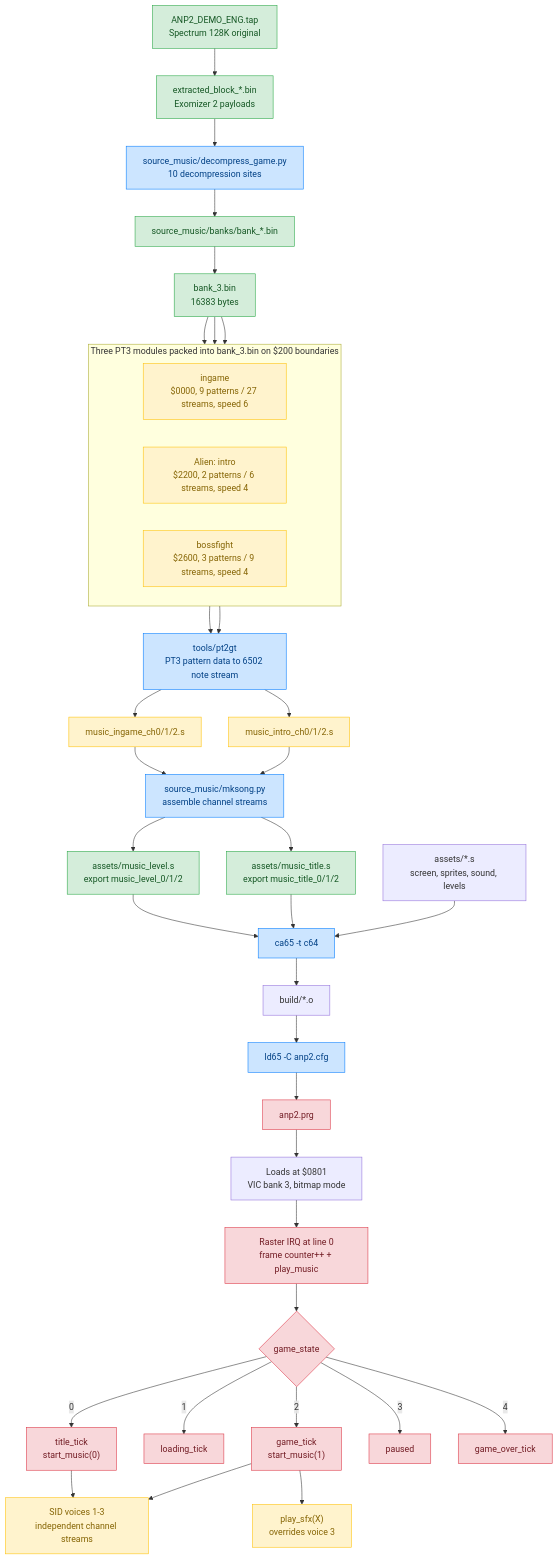
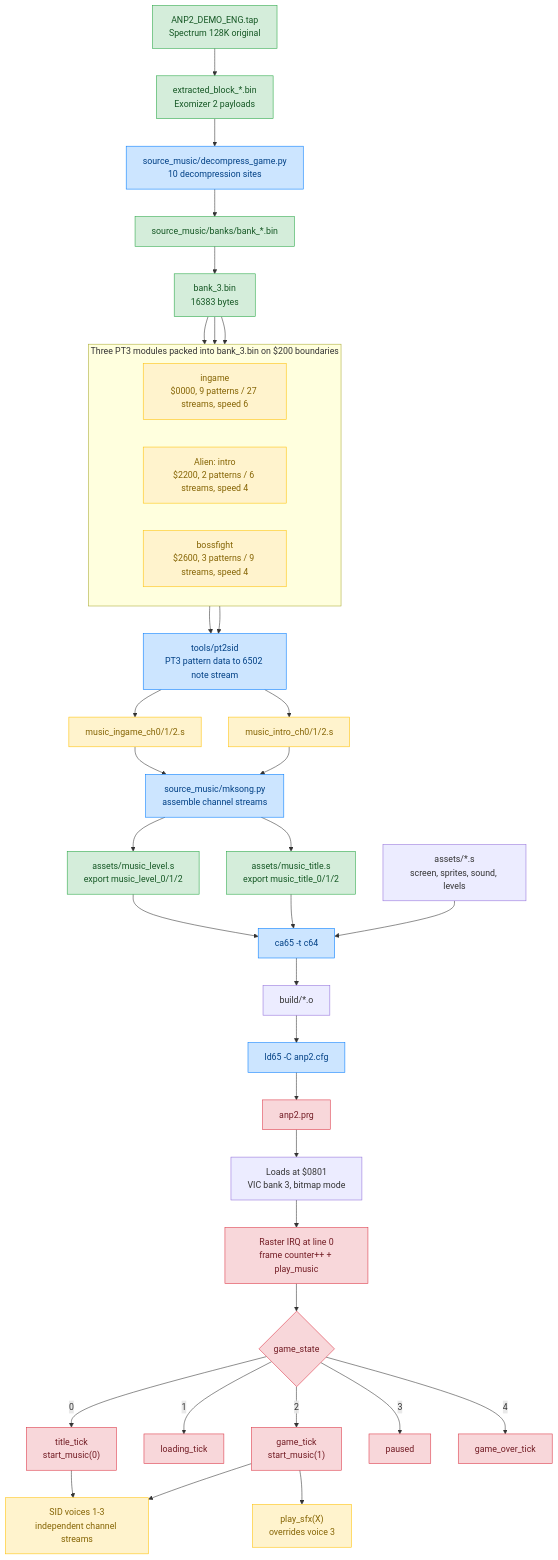
Before and after one commit to polluks/anp2: the diagram in README.md, drawn with Mermaid. The commit also changed 5 other files, not shown here.

````diff
--- a/README.md
+++ b/README.md
@@ -20,66 +20,66 @@
 ```mermaid
 flowchart TD
     TAP["ANP2_DEMO_ENG.tap<br/>Spectrum 128K original"]
     BLOCKS["extracted_block_*.bin<br/>Exomizer 2 payloads"]
     DECOMP["source_music/decompress_game.py<br/>10 decompression sites"]
     BANKS["source_music/banks/bank_*.bin"]
     B3["bank_3.bin<br/>16383 bytes"]
 
     TAP --> BLOCKS --> DECOMP --> BANKS --> B3
 
     subgraph mods ["Three PT3 modules packed into bank_3.bin on $200 boundaries"]
         direction LR
         MI["ingame<br/>$0000, 9 patterns / 27 streams, speed 6"]
         MV["Alien: intro<br/>$2200, 2 patterns / 6 streams, speed 4"]
         MB["bossfight<br/>$2600, 3 patterns / 9 streams, speed 4"]
     end
 
     B3 --> MI
     B3 --> MV
     B3 --> MB
 
-    P2G["tools/pt2gt<br/>PT3 pattern data to 6502 note stream"]
+    P2G["tools/pt2sid<br/>PT3 pattern data to 6502 note stream"]
     MKS["source_music/mksong.py<br/>assemble channel streams"]
 
     MI --> P2G
     MV --> P2G
     P2G --> CHL["music_ingame_ch0/1/2.s"]
     P2G --> CHT["music_intro_ch0/1/2.s"]
     CHL --> MKS
     CHT --> MKS
 
     MKS --> A_LEVEL["assets/music_level.s<br/>export music_level_0/1/2"]
     MKS --> A_TITLE["assets/music_title.s<br/>export music_title_0/1/2"]
 
     S_SRC["assets/*.s<br/>screen, sprites, sound, levels"]
     A_LEVEL --> CA65["ca65 -t c64"]
     A_TITLE --> CA65
     S_SRC --> CA65
     CA65 --> OBJ["build/*.o"]
     OBJ --> LD65["ld65 -C anp2.cfg"]
     LD65 --> PRG["anp2.prg"]
 
     PRG --> LOAD["Loads at $0801<br/>VIC bank 3, bitmap mode"]
     LOAD --> IRQ["Raster IRQ at line 0<br/>frame counter++ + play_music"]
 
     IRQ --> SM{"game_state"}
     SM -->|"0"| ST["title_tick<br/>start_music(0)"]
     SM -->|"1"| LD["loading_tick"]
     SM -->|"2"| GT["game_tick<br/>start_music(1)"]
     SM -->|"3"| PU["paused"]
     SM -->|"4"| GO["game_over_tick"]
 
     ST --> SID["SID voices 1-3<br/>independent channel streams"]
     GT --> SID
     GT --> SFX["play_sfx(X)<br/>overrides voice 3"]
 
     classDef data fill:#d4edda,stroke:#28a745,color:#155724
     classDef tool fill:#cce5ff,stroke:#007bff,color:#004085
     classDef music fill:#fff3cd,stroke:#ffc107,color:#856404
     classDef code fill:#f8d7da,stroke:#dc3545,color:#721c24
 
     class TAP,BLOCKS,BANKS,B3,A_LEVEL,A_TITLE data
     class DECOMP,P2G,MKS,CA65,LD65 tool
     class MI,MV,MB,CHL,CHT,SID,SFX music
     class PRG,IRQ,SM,ST,LD,GT,PU,GO code
 ```
````
